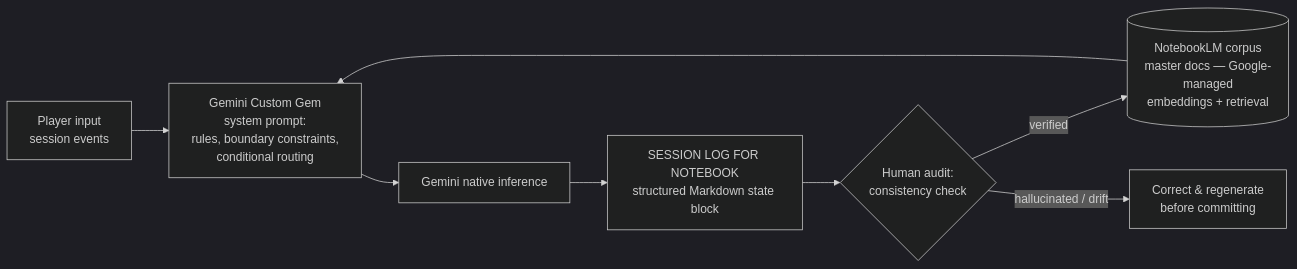
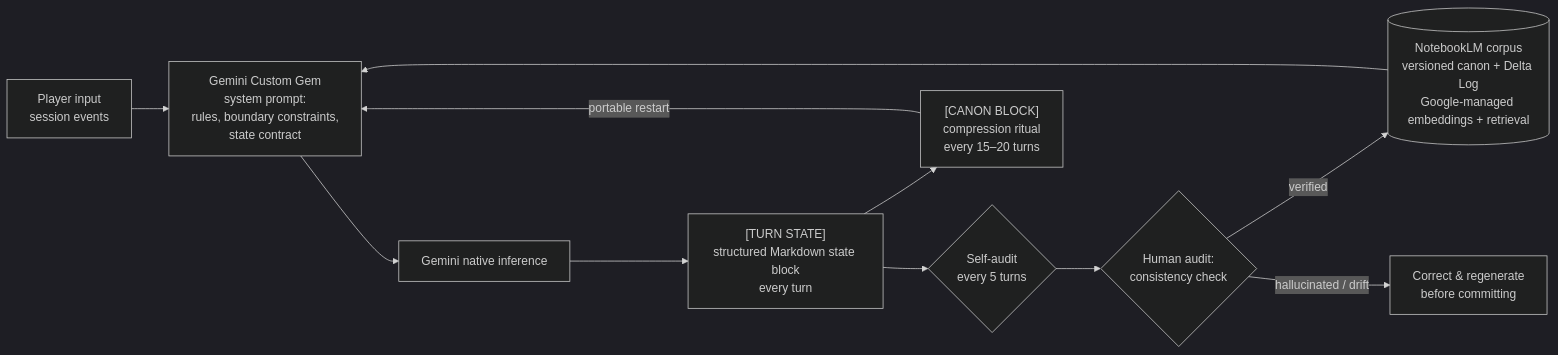
The diagram in README.md (flamingblackman/llm-state-tracking-lab), drawn with Mermaid (dark theme) before and after one commit. The commit also changed other lines of this file and 2 other files, not shown here.

Commit message:
Update docs: state contract v2 (per-turn blocks, self-audits, compression ritual, Delta Log)

````diff
--- a/README.md
+++ b/README.md
@@ -17,10 +17,13 @@
 ```mermaid
 flowchart LR
-    A[Player input<br/>session events] --> B[Gemini Custom Gem<br/>system prompt:<br/>rules, boundary constraints,<br/>conditional routing]
-    D[(NotebookLM corpus<br/>master docs — Google-managed<br/>embeddings + retrieval)] --> B
+    A[Player input<br/>session events] --> B[Gemini Custom Gem<br/>system prompt:<br/>rules, boundary constraints,<br/>state contract]
+    D[(NotebookLM corpus<br/>versioned canon + Delta Log<br/>Google-managed embeddings + retrieval)] --> B
     B --> C[Gemini native inference]
-    C --> E["SESSION LOG FOR NOTEBOOK"<br/>structured Markdown state block]
-    E --> F{Human audit:<br/>consistency check}
-    F -->|verified| D
-    F -->|hallucinated / drift| G[Correct & regenerate<br/>before committing]
+    C --> E["[TURN STATE]"<br/>structured Markdown state block<br/>every turn]
+    E --> F{Self-audit<br/>every 5 turns}
+    F --> G{Human audit:<br/>consistency check}
+    G -->|verified| D
+    G -->|hallucinated / drift| H[Correct & regenerate<br/>before committing]
+    E --> I["[CANON BLOCK]"<br/>compression ritual<br/>every 15–20 turns]
+    I -->|portable restart| B
 ```
````
